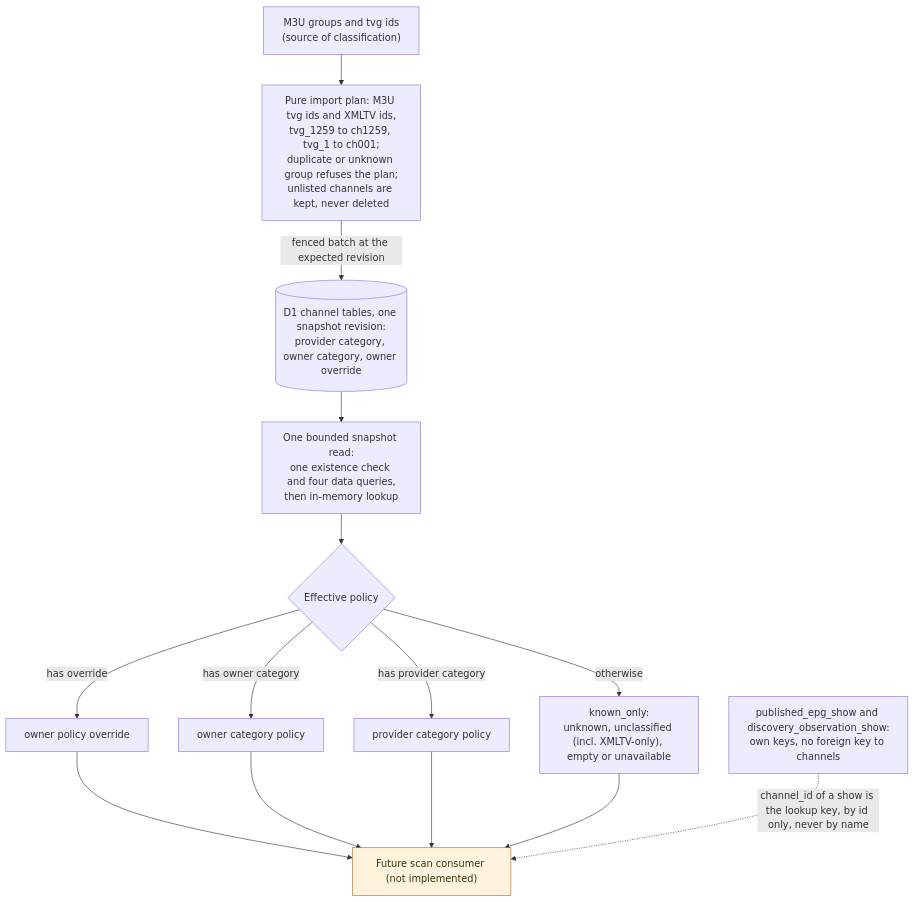
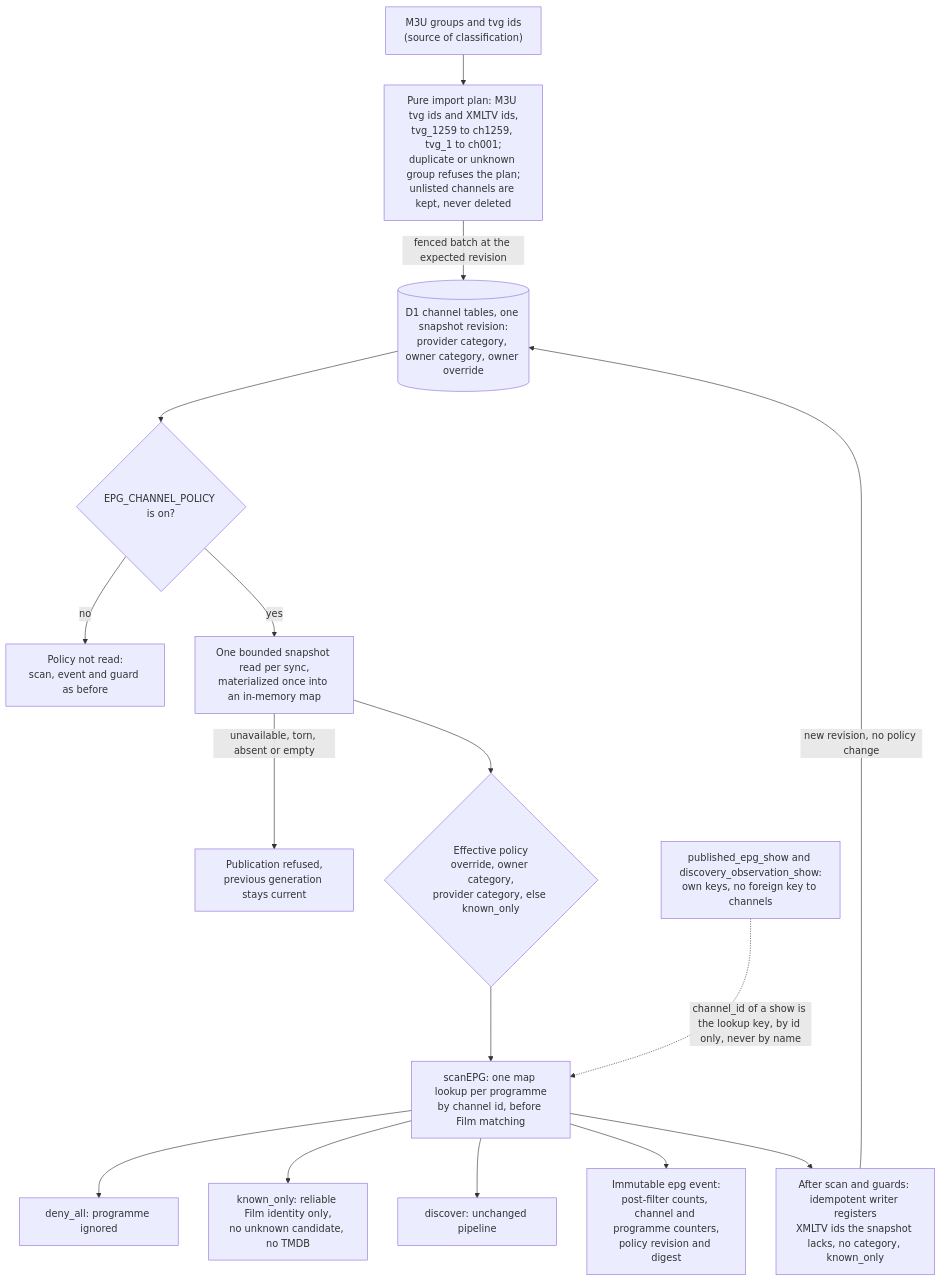
One commit to vladimino/iptv-watchlist changed the seventh of 7 diagrams in docs/architecture/epg-and-availability.md. Above: the diagram before and after it, drawn with Mermaid. The commit also changed other lines of this file and 22 other files, not shown here.

First line of the commit message:
Apply Channel policy snapshot in the EPG scan behind EPG_CHANNEL_POLICY

````diff
--- a/docs/architecture/epg-and-availability.md
+++ b/docs/architecture/epg-and-availability.md
@@ -193,26 +193,30 @@
 ```mermaid
 flowchart TD
     m3u["M3U groups and tvg ids<br/>(source of classification)"]
     plan["Pure import plan: M3U tvg ids and XMLTV ids,<br/>tvg_1259 to ch1259, tvg_1 to ch001;<br/>duplicate or unknown group refuses the plan;<br/>unlisted channels are kept, never deleted"]
     tables[("D1 channel tables, one snapshot revision:<br/>provider category, owner category, owner override")]
-    snapshot["One bounded snapshot read:<br/>one existence check and four data queries,<br/>then in-memory lookup"]
-    derive{"Effective policy"}
-    override["owner policy override"]
-    ownercat["owner category policy"]
-    category["provider category policy"]
-    fallback["known_only:<br/>unknown, unclassified (incl. XMLTV-only), empty or unavailable"]
-    reader["Future scan consumer (not implemented)"]
+    gate{"EPG_CHANNEL_POLICY is on?"}
+    off["Policy not read:<br/>scan, event and guard as before"]
+    snapshot["One bounded snapshot read per sync,<br/>materialized once into an in-memory map"]
+    refuse["Publication refused,<br/>previous generation stays current"]
+    derive{"Effective policy<br/>override, owner category,<br/>provider category, else known_only"}
+    scan["scanEPG: one map lookup per programme<br/>by channel id, before Film matching"]
+    deny["deny_all: programme ignored"]
+    known["known_only: reliable Film identity only,<br/>no unknown candidate, no TMDB"]
+    disc["discover: unchanged pipeline"]
+    event["Immutable epg event:<br/>post-filter counts, channel and programme counters,<br/>policy revision and digest"]
+    register["After scan and guards: idempotent writer registers<br/>XMLTV ids the snapshot lacks, no category, known_only"]
     shows["published_epg_show and discovery_observation_show:<br/>own keys, no foreign key to channels"]
-    m3u --> plan -->|"fenced batch at the expected revision"| tables --> snapshot --> derive
-    derive -->|"has override"| override
-    derive -->|"has owner category"| ownercat
-    derive -->|"has provider category"| category
-    derive -->|"otherwise"| fallback
-    override --> reader
-    ownercat --> reader
-    category --> reader
-    fallback --> reader
-    shows -.->|"channel_id of a show is the lookup key, by id only, never by name"| reader
-    classDef future fill:#fff3de,stroke:#a56c2b,color:#42300e
-    class reader future
+    m3u --> plan -->|"fenced batch at the expected revision"| tables --> gate
+    gate -->|"no"| off
+    gate -->|"yes"| snapshot
+    snapshot -->|"unavailable, torn, absent or empty"| refuse
+    snapshot --> derive --> scan
+    scan --> deny
+    scan --> known
+    scan --> disc
+    scan --> event
+    scan --> register
+    register -->|"new revision, no policy change"| tables
+    shows -.->|"channel_id of a show is the lookup key, by id only, never by name"| scan
 ```
````
